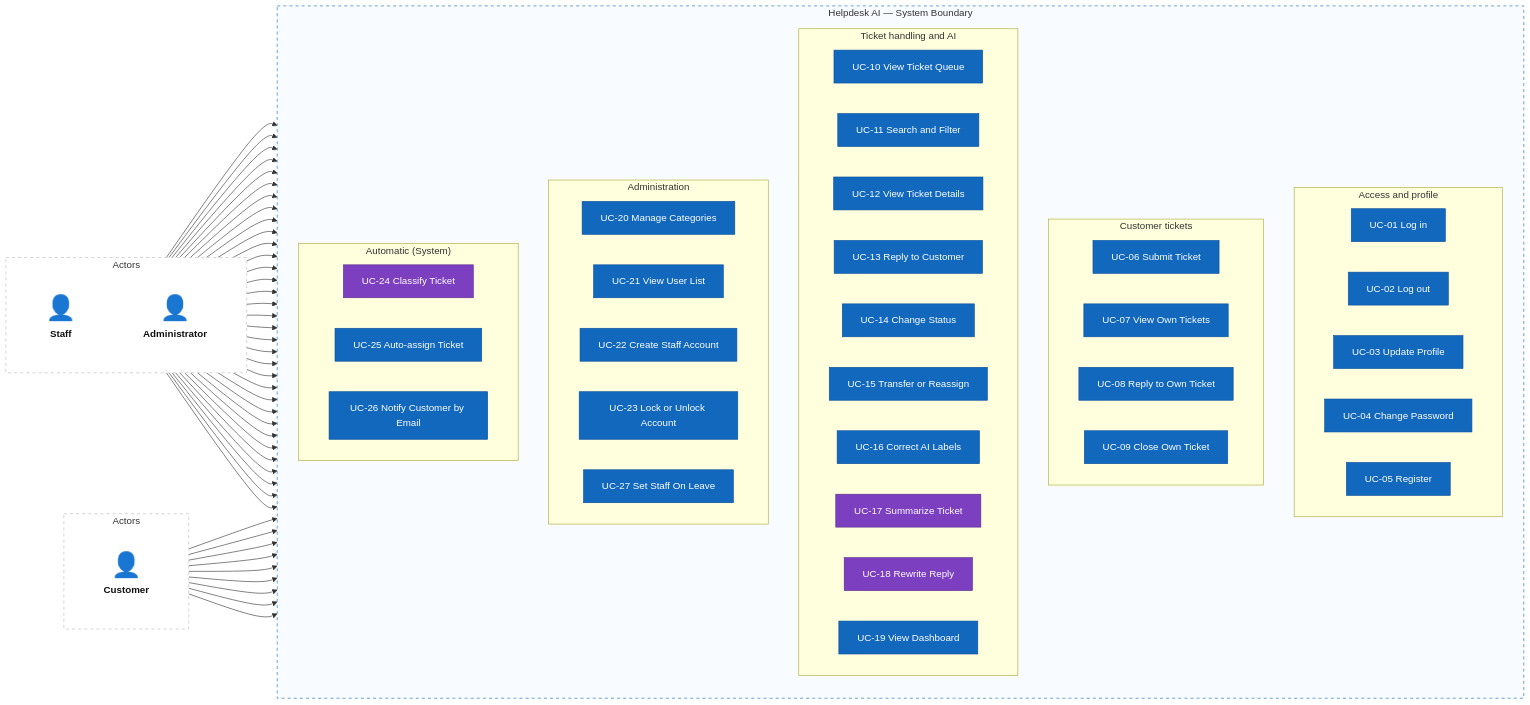
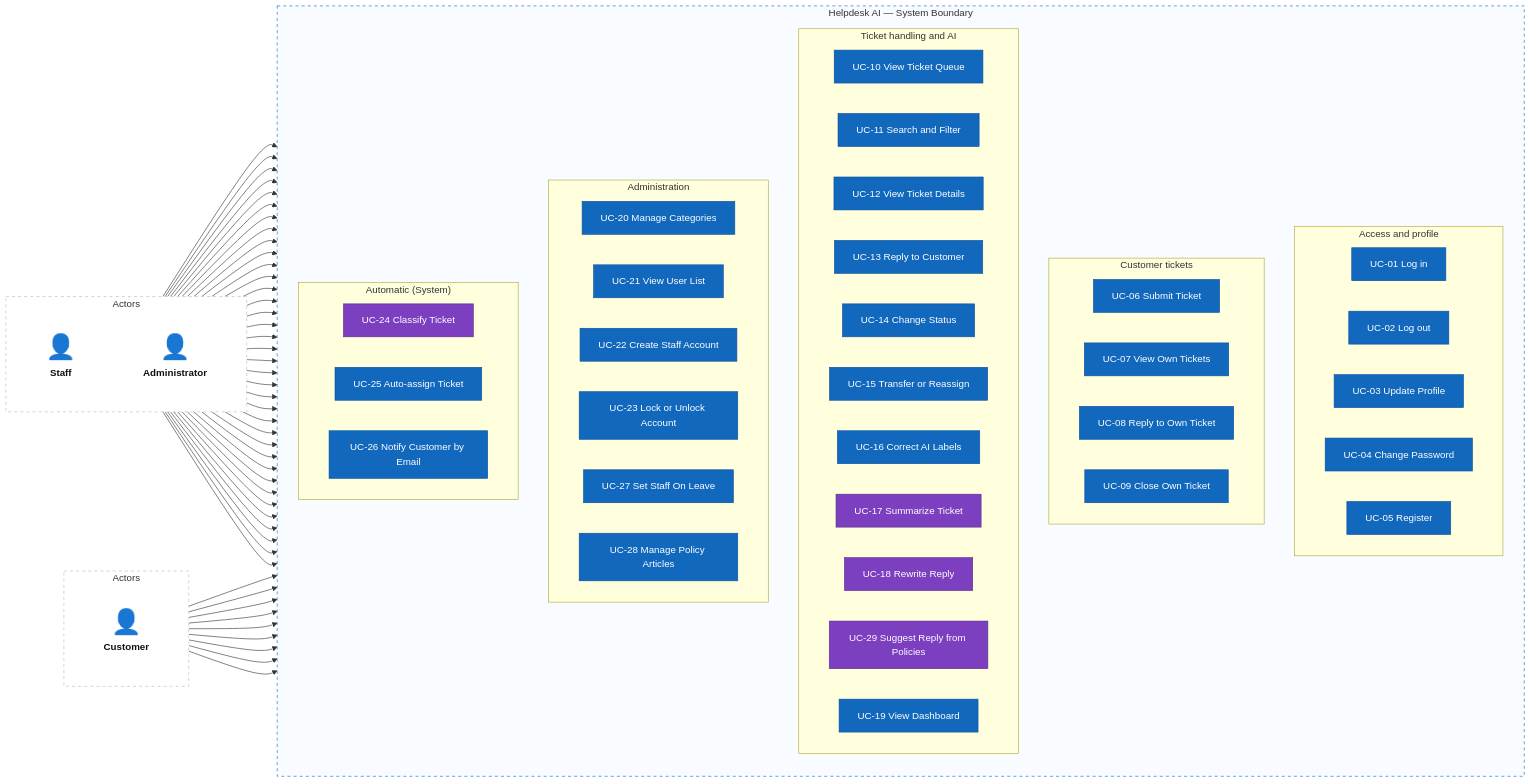
The first of 2 diagrams in docs/02-usecases-userstories/01-use-cases.md (minhtuann1102/HelpdeskAI), drawn with Mermaid before and after one commit. The commit also changed other lines of this file and 8 other files, not shown here.

First line of the commit message:
docs(step-2): add policy articles and cited reply suggestions (US-37..US-41)

````diff
--- a/docs/02-usecases-userstories/01-use-cases.md
+++ b/docs/02-usecases-userstories/01-use-cases.md
@@ -53,73 +55,75 @@
 ```mermaid
 flowchart LR
     subgraph left["Actors"]
         direction TB
         customer["<span style='font-size:40px'>👤</span><br/><b>Customer</b>"]
     end
 
     subgraph system["Helpdesk AI — System Boundary"]
         direction TB
         subgraph access["Access and profile"]
             direction LR
             uc01["UC-01 Log in"]
             uc02["UC-02 Log out"]
             uc03["UC-03 Update Profile"]
             uc04["UC-04 Change Password"]
             uc05["UC-05 Register"]
         end
         subgraph customerTickets["Customer tickets"]
             direction LR
             uc06["UC-06 Submit Ticket"]
             uc07["UC-07 View Own Tickets"]
             uc08["UC-08 Reply to Own Ticket"]
             uc09["UC-09 Close Own Ticket"]
         end
         subgraph handling["Ticket handling and AI"]
             direction LR
             uc10["UC-10 View Ticket Queue"]
             uc11["UC-11 Search and Filter"]
             uc12["UC-12 View Ticket Details"]
             uc13["UC-13 Reply to Customer"]
             uc14["UC-14 Change Status"]
             uc15["UC-15 Transfer or Reassign"]
             uc16["UC-16 Correct AI Labels"]
             uc17["UC-17 Summarize Ticket"]
             uc18["UC-18 Rewrite Reply"]
+            uc29["UC-29 Suggest Reply from Policies"]
             uc19["UC-19 View Dashboard"]
         end
         subgraph administration["Administration"]
             direction LR
             uc20["UC-20 Manage Categories"]
             uc21["UC-21 View User List"]
             uc22["UC-22 Create Staff Account"]
             uc23["UC-23 Lock or Unlock Account"]
             uc27["UC-27 Set Staff On Leave"]
+            uc28["UC-28 Manage Policy Articles"]
         end
         subgraph automatic["Automatic (System)"]
             direction LR
             uc24["UC-24 Classify Ticket"]
             uc25["UC-25 Auto-assign Ticket"]
             uc26["UC-26 Notify Customer by Email"]
         end
     end
 
     subgraph right["Actors"]
         direction TB
         staff["<span style='font-size:40px'>👤</span><br/><b>Staff</b>"]
         admin["<span style='font-size:40px'>👤</span><br/><b>Administrator</b>"]
     end
 
     customer --> uc01 & uc02 & uc03 & uc04 & uc05 & uc06 & uc07 & uc08 & uc09
-    staff --> uc01 & uc02 & uc03 & uc04 & uc10 & uc11 & uc12 & uc13 & uc14 & uc15 & uc16 & uc17 & uc18 & uc19
-    admin --> uc01 & uc02 & uc03 & uc04 & uc10 & uc11 & uc12 & uc13 & uc14 & uc15 & uc16 & uc17 & uc18 & uc19 & uc20 & uc21 & uc22 & uc23 & uc27
+    staff --> uc01 & uc02 & uc03 & uc04 & uc10 & uc11 & uc12 & uc13 & uc14 & uc15 & uc16 & uc17 & uc18 & uc29 & uc19
+    admin --> uc01 & uc02 & uc03 & uc04 & uc10 & uc11 & uc12 & uc13 & uc14 & uc15 & uc16 & uc17 & uc18 & uc19 & uc20 & uc21 & uc22 & uc23 & uc27 & uc28 & uc29
 
     classDef actor fill:none,stroke:none,color:#111
     classDef usecase fill:#1168bd,color:#fff,stroke:#0b4f9e
     classDef ai fill:#7b3fbf,color:#fff,stroke:#5a2d8c
     class customer,staff,admin actor
-    class uc01,uc02,uc03,uc04,uc05,uc06,uc07,uc08,uc09,uc10,uc11,uc12,uc13,uc14,uc15,uc16,uc19,uc20,uc21,uc22,uc23,uc25,uc26,uc27 usecase
-    class uc17,uc18,uc24 ai
+    class uc01,uc02,uc03,uc04,uc05,uc06,uc07,uc08,uc09,uc10,uc11,uc12,uc13,uc14,uc15,uc16,uc19,uc20,uc21,uc22,uc23,uc25,uc26,uc27,uc28 usecase
+    class uc17,uc18,uc24,uc29 ai
     style left fill:#fff,stroke:#bbb,stroke-dasharray:5 5
     style right fill:#fff,stroke:#bbb,stroke-dasharray:5 5
     style system fill:#f8fbff,stroke:#1168bd,stroke-dasharray:5 5
 ```
````
